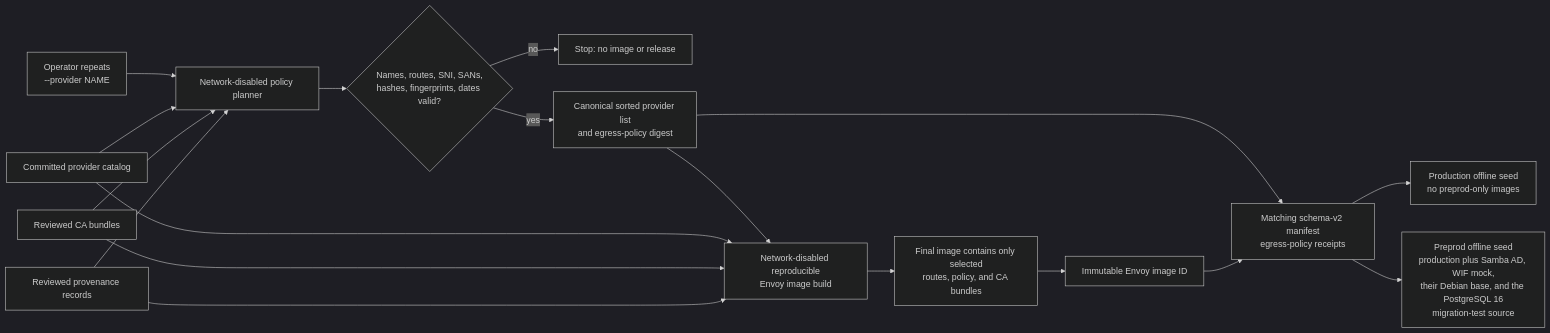
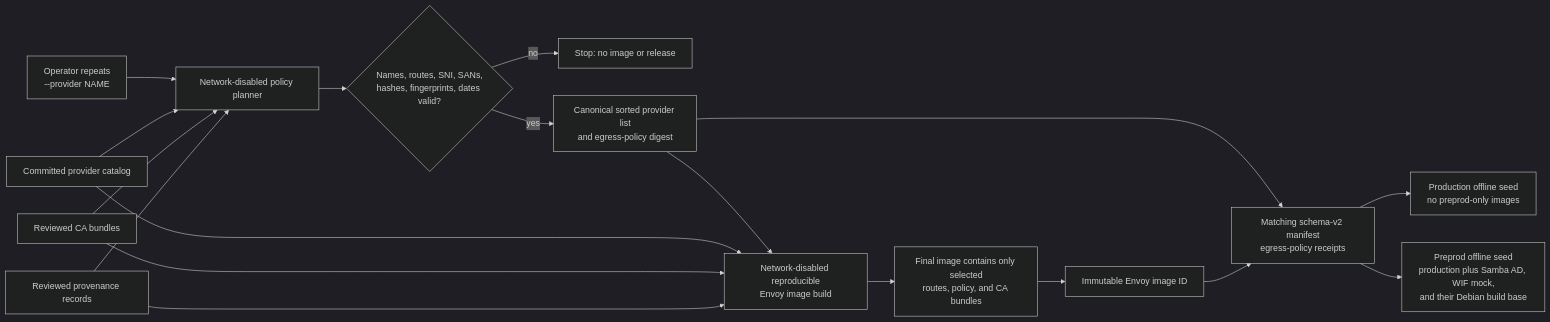
Before and after one commit to derhornspieler/ai-gateway: diagram 11 of 17 in docs/architecture-diagrams.md, drawn with Mermaid (dark theme). The commit also changed 47 other files, not shown here.

````diff
--- a/docs/architecture-diagrams.md
+++ b/docs/architecture-diagrams.md
@@ -373,20 +373,20 @@
 ```mermaid
 flowchart LR
   OP[Operator repeats<br/>--provider NAME] --> PLAN[Network-disabled policy planner]
   CAT[Committed provider catalog] --> PLAN
   CA[Reviewed CA bundles] --> PLAN
   PROV[Reviewed provenance records] --> PLAN
   PLAN --> CHECK{Names, routes, SNI, SANs,<br/>hashes, fingerprints, dates valid?}
   CHECK -- no --> STOP[Stop: no image or release]
   CHECK -- yes --> CANON[Canonical sorted provider list<br/>and egress-policy digest]
   CANON --> BUILD[Network-disabled reproducible<br/>Envoy image build]
   CAT --> BUILD
   CA --> BUILD
   PROV --> BUILD
   BUILD --> ONLY[Final image contains only selected<br/>routes, policy, and CA bundles]
   ONLY --> ID[Immutable Envoy image ID]
   CANON --> MAN[Matching schema-v2 manifest<br/>egress-policy receipts]
   ID --> MAN
   MAN --> PROD[Production offline seed<br/>no preprod-only images]
-  MAN --> PRE[Preprod offline seed<br/>production plus Samba AD, WIF mock,<br/>their Debian base, and the PostgreSQL 16<br/>migration-test source]
+  MAN --> PRE[Preprod offline seed<br/>production plus Samba AD, WIF mock,<br/>and their Debian build base]
 ```
````
